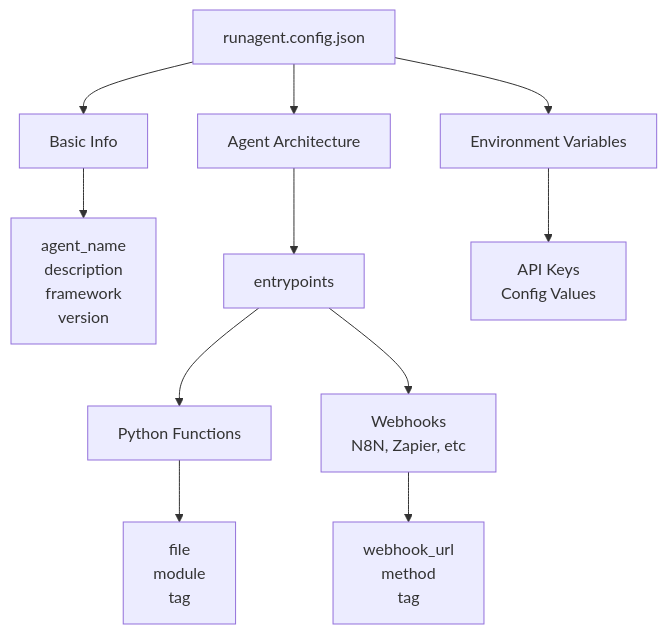
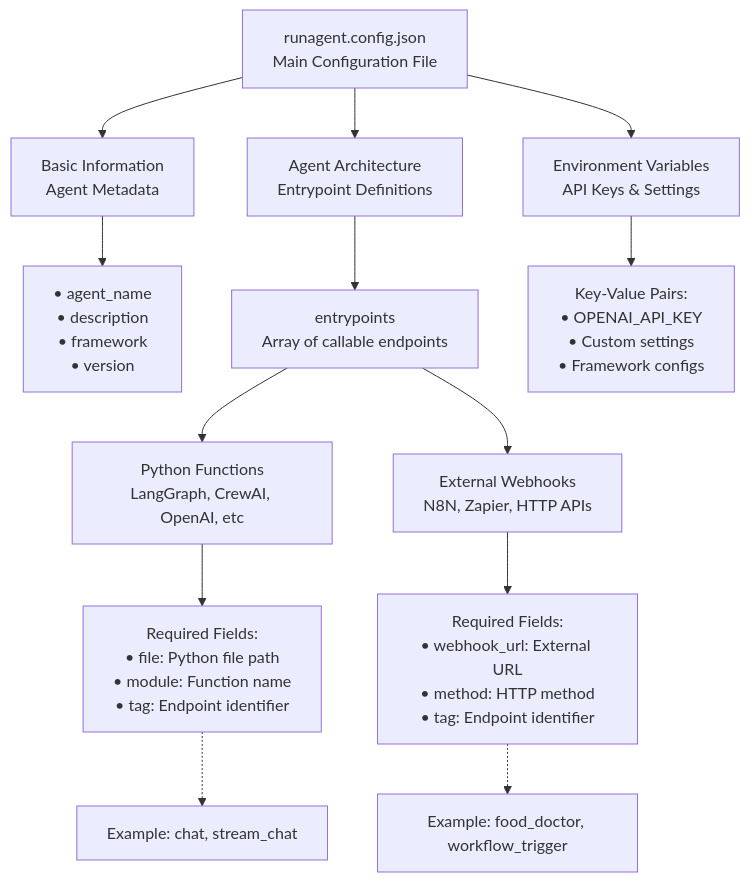
The diagram in README.md (runagent-dev/runagent), drawn with Mermaid before and after one commit.

````diff
--- a/README.md
+++ b/README.md
@@ -68,21 +68,24 @@
 ```mermaid
-graph TD
-    A[runagent.config.json]
+graph TB
+    A["runagent.config.json<br/>Main Configuration File"]
     
-    A --> B[Basic Info]
-    A --> C[Agent Architecture]
-    A --> D[Environment Variables]
+    A --> B["Basic Information<br/>Agent Metadata"]
+    A --> C["Agent Architecture<br/>Entrypoint Definitions"]
+    A --> D["Environment Variables<br/>API Keys & Settings"]
     
-    B --> B1[agent_name<br/>description<br/>framework<br/>version]
+    B --> B1["• agent_name<br/>• description<br/>• framework<br/>• version"]
     
-    C --> C1[entrypoints]
+    C --> C1["entrypoints<br/>Array of callable endpoints"]
     
-    C1 --> C2[Python Functions]
-    C1 --> C3[Webhooks<br/>N8N, Zapier, etc]
+    C1 --> C2["Python Functions<br/>LangGraph, CrewAI, OpenAI, etc"]
+    C1 --> C3["External Webhooks<br/>N8N, Zapier, HTTP APIs"]
     
-    C2 --> C2A[file<br/>module<br/>tag]
+    C2 --> C2A["Required Fields:<br/>• file: Python file path<br/>• module: Function name<br/>• tag: Endpoint identifier"]
     
-    C3 --> C3A[webhook_url<br/>method<br/>tag]
+    C3 --> C3A["Required Fields:<br/>• webhook_url: External URL<br/>• method: HTTP method<br/>• tag: Endpoint identifier"]
     
-    D --> D1[API Keys<br/>Config Values]
+    D --> D1["Key-Value Pairs:<br/>• OPENAI_API_KEY<br/>• Custom settings<br/>• Framework configs"]
+    
+    C2A -.-> E["Example: chat, stream_chat"]
+    C3A -.-> F["Example: food_doctor, workflow_trigger"]
 ```
````
